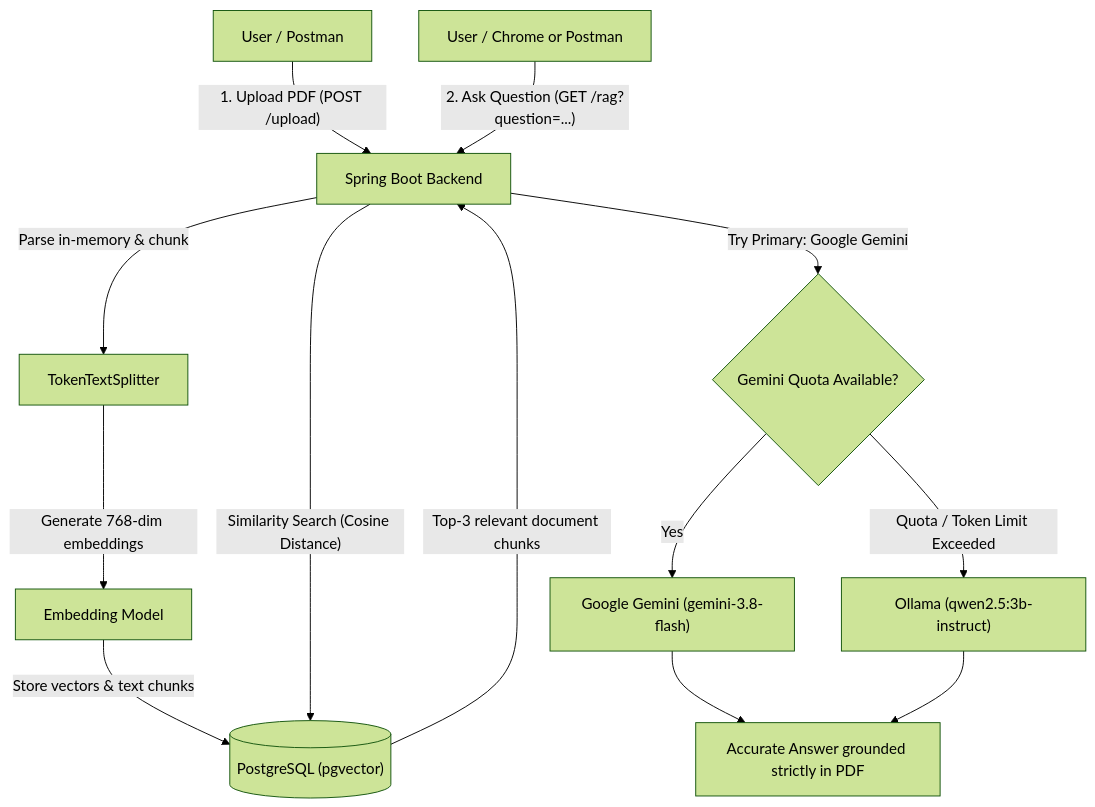
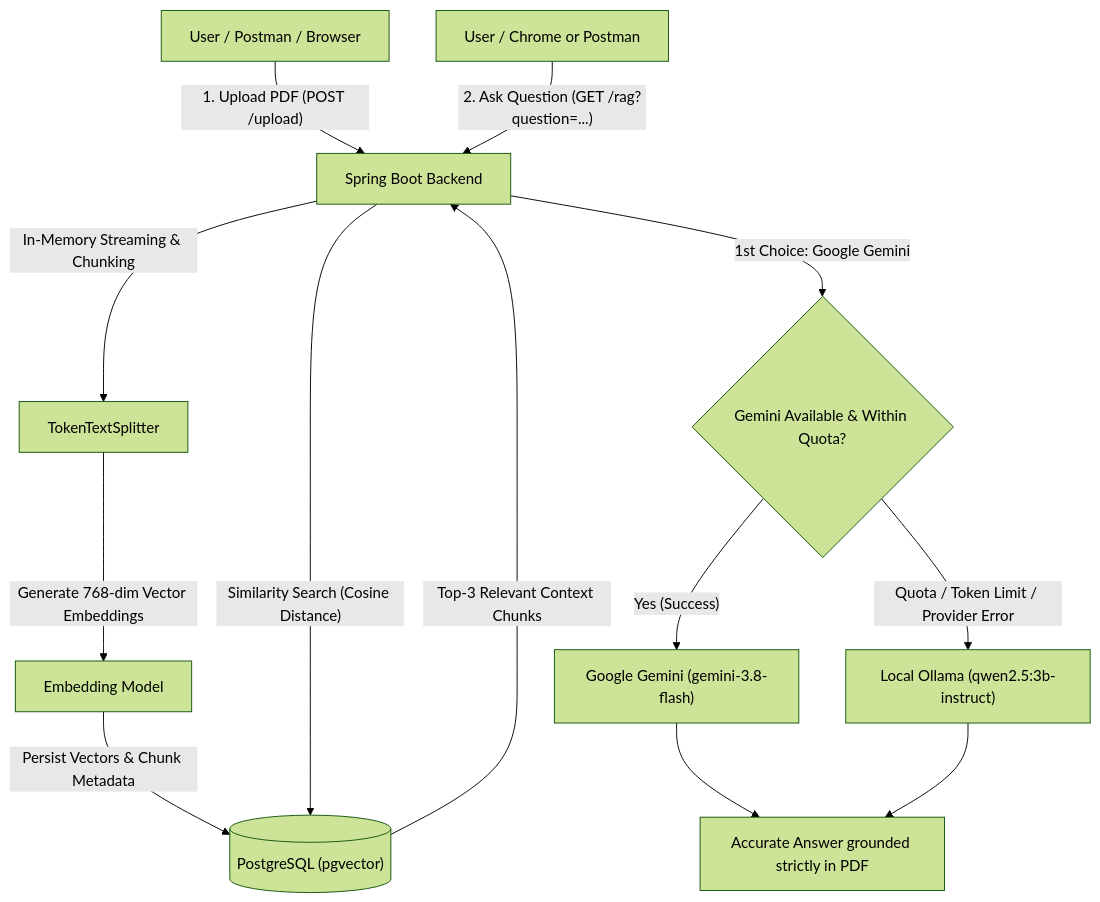
Before and after one commit to Chandrasekhar-maker/RAG_System: the first of 2 diagrams in document-rag/document-rag/README.md, drawn with Mermaid (forest theme). The commit also changed other lines of this file and 8 other files, not shown here.

````diff
--- a/document-rag/document-rag/README.md
+++ b/document-rag/document-rag/README.md
@@ -25,16 +26,16 @@
 ```mermaid
 flowchart TD
-    User["User / Postman"] -- "1. Upload PDF (POST /upload)" --> App["Spring Boot Backend"]
-    App -- "Parse in-memory & chunk" --> Splitter["TokenTextSplitter"]
-    Splitter -- "Generate 768-dim embeddings" --> Embeddings["Embedding Model"]
-    Embeddings -- "Store vectors & text chunks" --> DB[("PostgreSQL (pgvector)")]
+    User["User / Postman / Browser"] -- "1. Upload PDF (POST /upload)" --> App["Spring Boot Backend"]
+    App -- "In-Memory Streaming & Chunking" --> Splitter["TokenTextSplitter"]
+    Splitter -- "Generate 768-dim Vector Embeddings" --> Embeddings["Embedding Model"]
+    Embeddings -- "Persist Vectors & Chunk Metadata" --> DB[("PostgreSQL (pgvector)")]
 
     Browser["User / Chrome or Postman"] -- "2. Ask Question (GET /rag?question=...)" --> App
     App -- "Similarity Search (Cosine Distance)" --> DB
-    DB -- "Top-3 relevant document chunks" --> App
-    App -- "Try Primary: Google Gemini" --> Gemini{"Gemini Quota Available?"}
-    Gemini -- "Yes" --> GeminiModel["Google Gemini (gemini-3.8-flash)"]
-    Gemini -- "Quota / Token Limit Exceeded" --> QwenModel["Ollama (qwen2.5:3b-instruct)"]
+    DB -- "Top-3 Relevant Context Chunks" --> App
+    App -- "1st Choice: Google Gemini" --> Gemini{"Gemini Available & Within Quota?"}
+    Gemini -- "Yes (Success)" --> GeminiModel["Google Gemini (gemini-3.8-flash)"]
+    Gemini -- "Quota / Token Limit / Provider Error" --> QwenModel["Local Ollama (qwen2.5:3b-instruct)"]
     GeminiModel --> Answer["Accurate Answer grounded strictly in PDF"]
     QwenModel --> Answer
 ```
````
